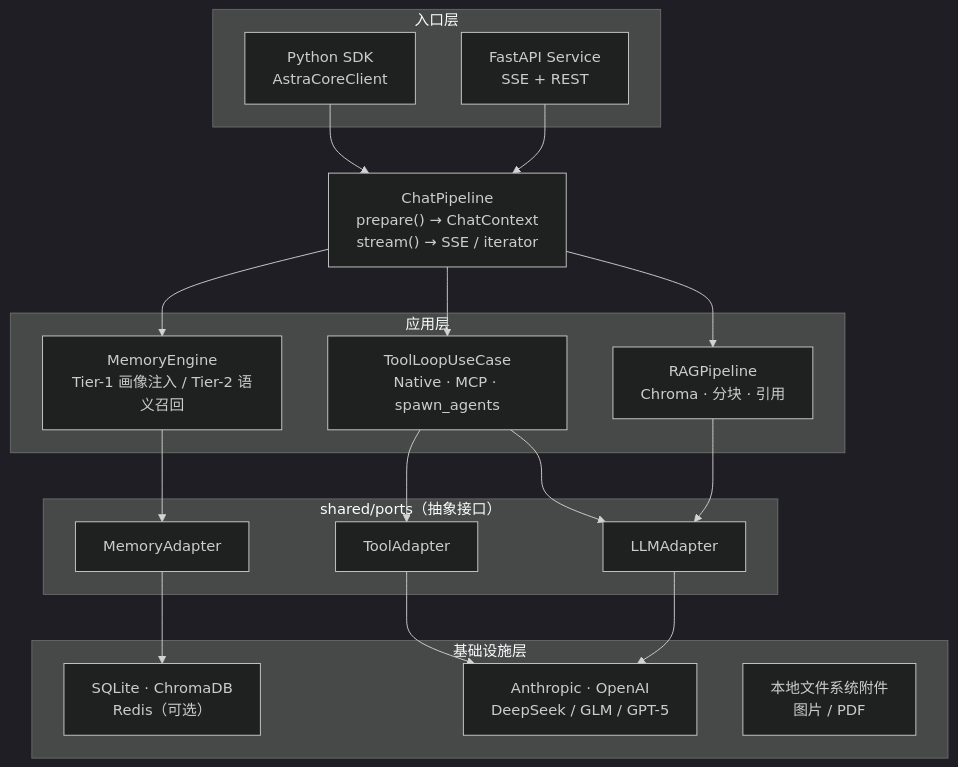
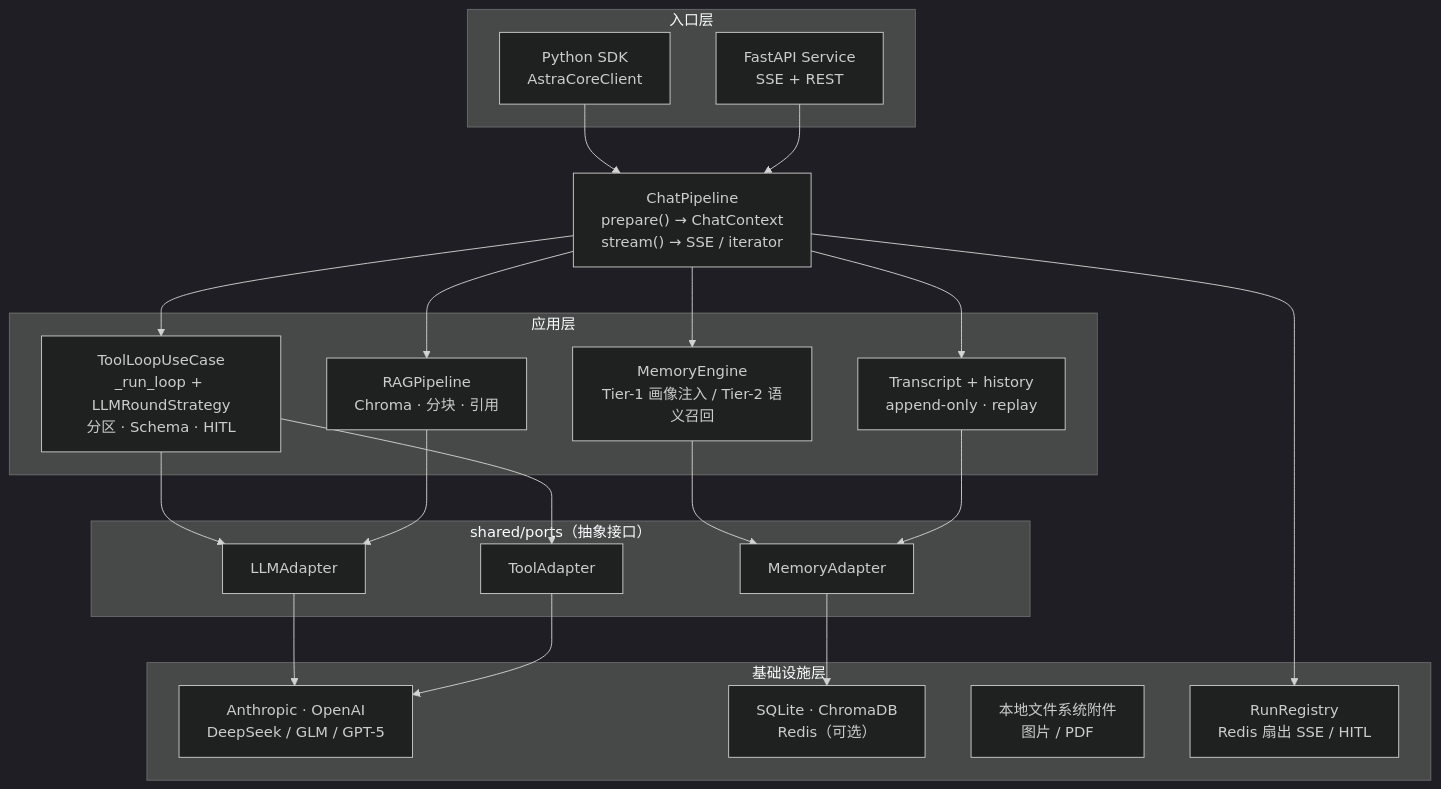
The diagram in README.zh-CN.md (ayxworxfr/AstraCoreAI), drawn with Mermaid (dark theme) before and after one commit. The commit also changed other lines of this file and 82 other files, not shown here.

````diff
--- a/README.zh-CN.md
+++ b/README.zh-CN.md
@@ -107,38 +115,42 @@
 ```mermaid
 flowchart TD
     subgraph 入口层
         SDK["Python SDK\nAstraCoreClient"]
         HTTP["FastAPI Service\nSSE + REST"]
     end
 
     SDK & HTTP --> CP
 
     CP["ChatPipeline\nprepare() → ChatContext\nstream() → SSE / iterator"]
 
     subgraph 应用层
         ME["MemoryEngine\nTier-1 画像注入 / Tier-2 语义召回"]
-        TL["ToolLoopUseCase\nNative · MCP · spawn_agents"]
+        TL["ToolLoopUseCase\n_run_loop + LLMRoundStrategy\n分区 · Schema · HITL"]
         RP["RAGPipeline\nChroma · 分块 · 引用"]
+        TR["Transcript + history\nappend-only · replay"]
     end
 
-    CP --> ME & TL & RP
+    CP --> ME & TL & RP & TR
 
     subgraph 端口层["shared/ports（抽象接口）"]
         LLMPort["LLMAdapter"]
         ToolPort["ToolAdapter"]
         MemPort["MemoryAdapter"]
     end
 
     ME --> MemPort
     TL --> ToolPort & LLMPort
     RP --> LLMPort
+    TR --> MemPort
 
     subgraph 基础设施层
         INF_LLM["Anthropic · OpenAI\nDeepSeek / GLM / GPT-5"]
         INF_MEM["SQLite · ChromaDB\nRedis（可选）"]
         INF_ATT["本地文件系统附件\n图片 / PDF"]
+        INF_RUN["RunRegistry\nRedis 扇出 SSE / HITL"]
     end
 
     LLMPort & ToolPort --> INF_LLM
     MemPort --> INF_MEM
+    CP --> INF_RUN
 ```
````
